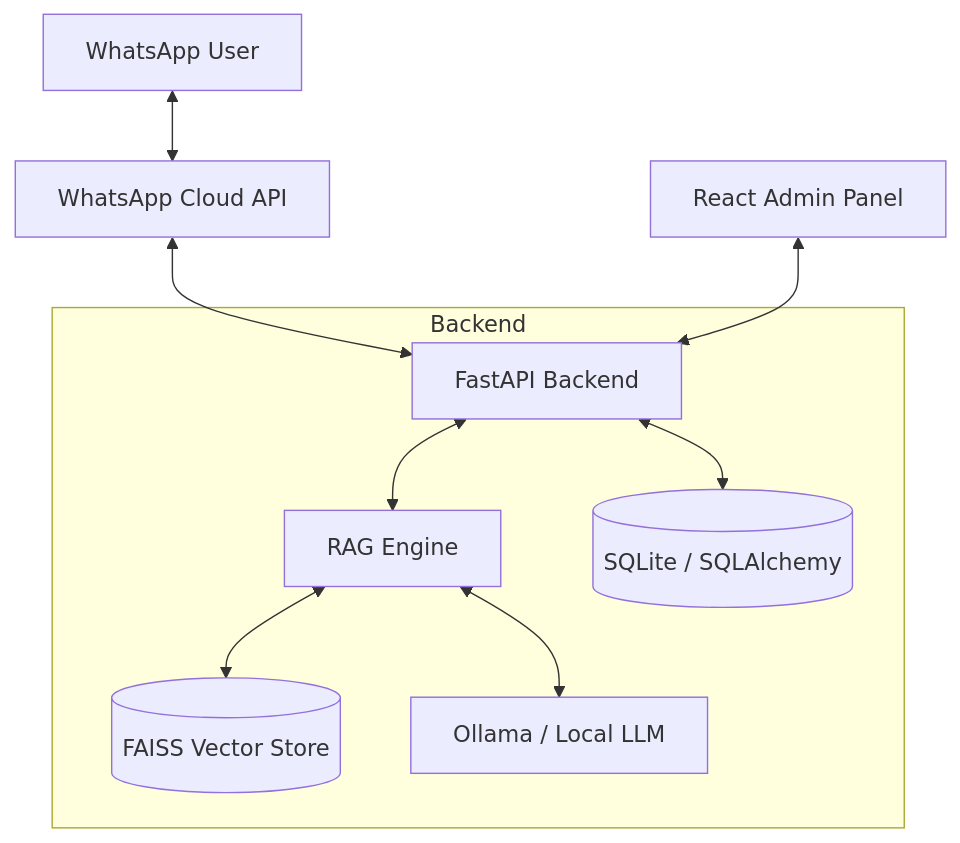
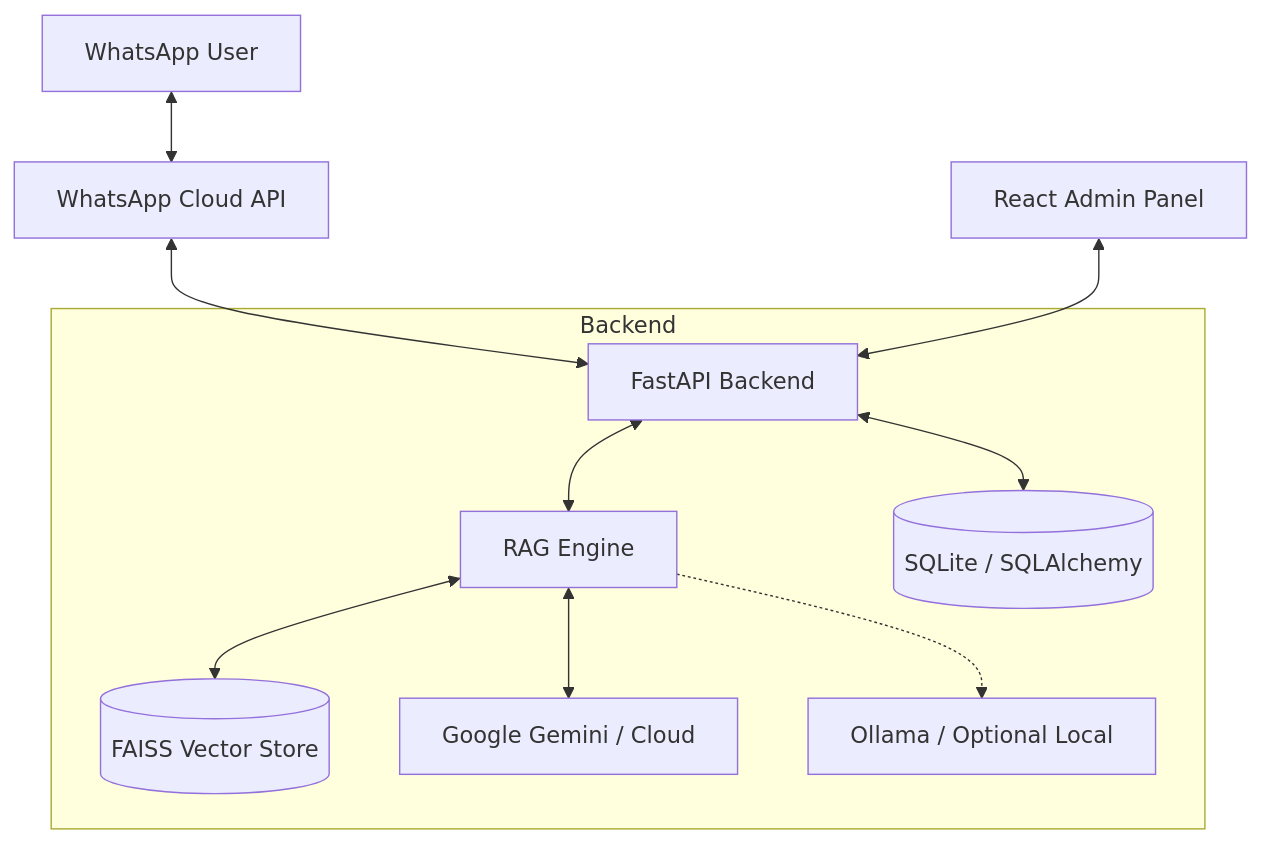
One commit to PrinceJoshi312/Social_Chatbot changed the diagram in README.md. Above: the diagram before and after it, drawn with Mermaid. The commit also changed other lines of this file and 57 other files, not shown here.

````diff
--- a/README.md
+++ b/README.md
@@ -24,14 +25,15 @@
 ```mermaid
 graph TD
     WA[WhatsApp User] <--> WAPI[WhatsApp Cloud API]
     WAPI <--> BE[FastAPI Backend]
     
     subgraph "Backend"
         BE <--> RAG[RAG Engine]
         BE <--> DB[(SQLite / SQLAlchemy)]
         RAG <--> VS[(FAISS Vector Store)]
-        RAG <--> OLL[Ollama / Local LLM]
+        RAG <--> GEM[Google Gemini / Cloud]
+        RAG -.-> OLL[Ollama / Optional Local]
     end
     
     FE[React Admin Panel] <--> BE
 ```
````
